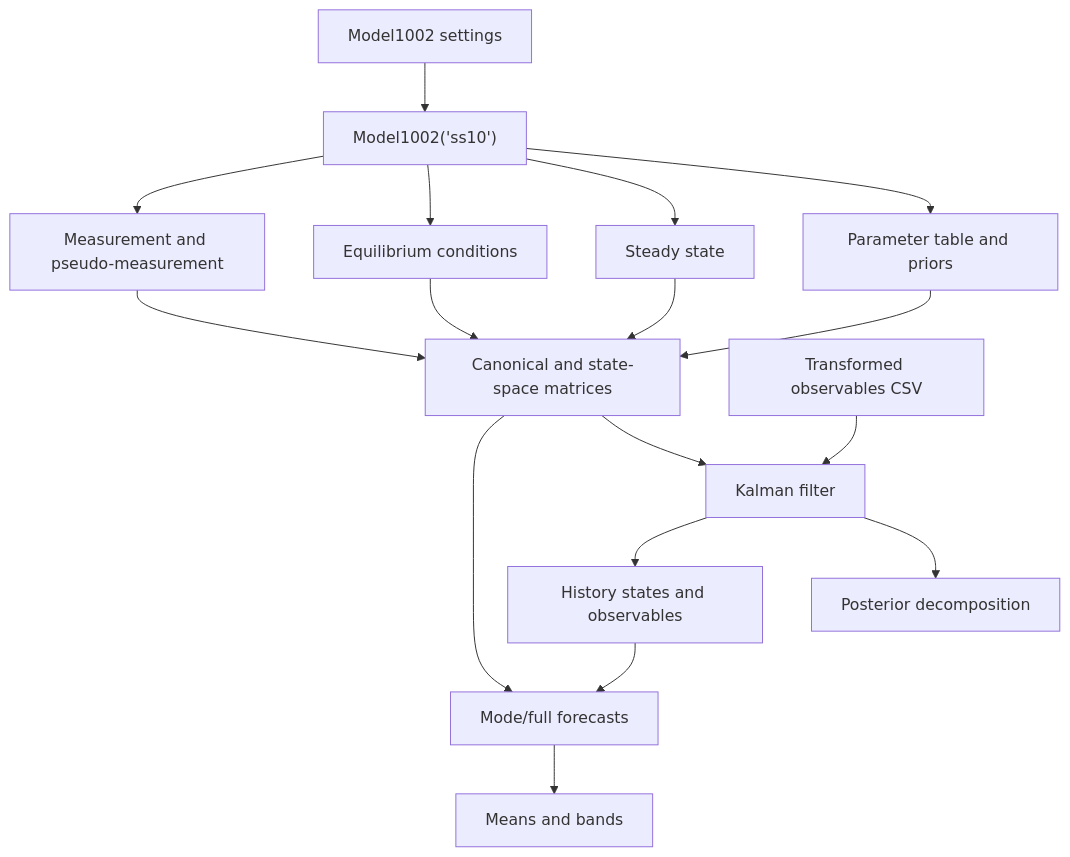
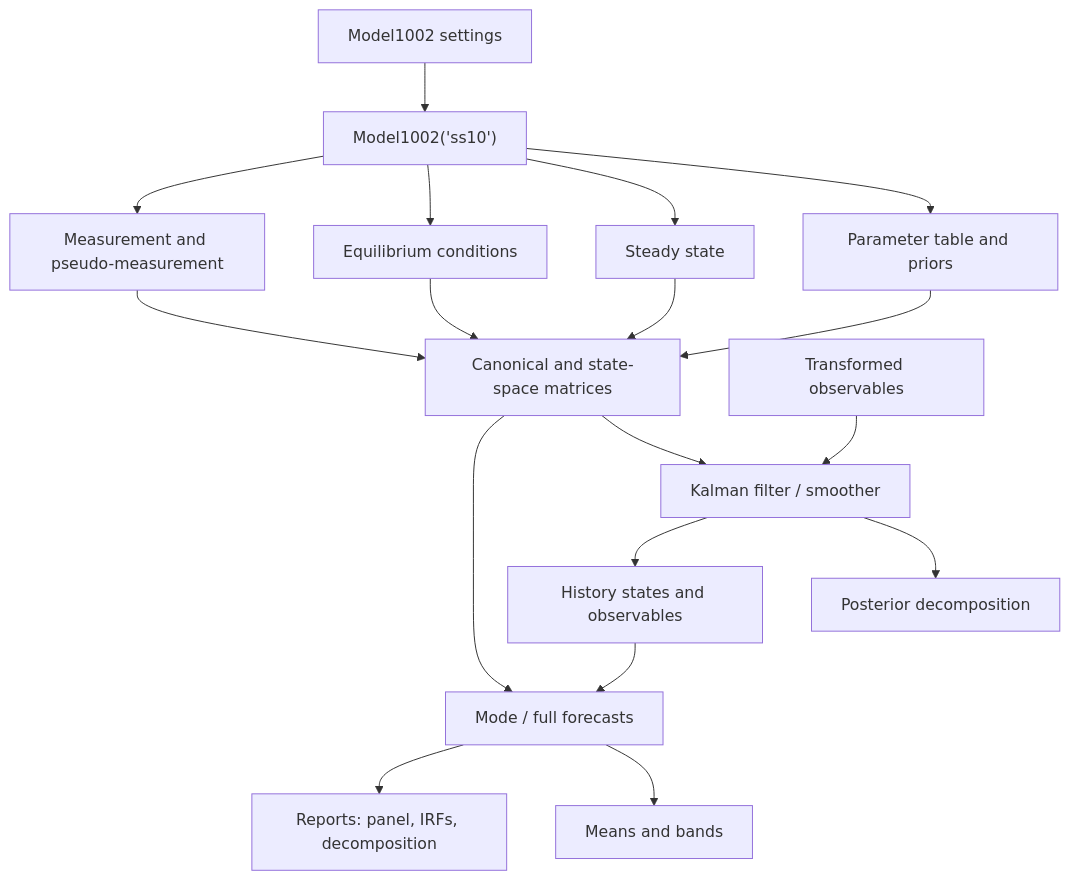
One commit to gustavorubim/nydsge-python changed the third of 4 diagrams in README.md. Above: the diagram before and after it, drawn with Mermaid. The commit also changed other lines of this file, not shown here.

````diff
--- a/README.md
+++ b/README.md
@@ -87,21 +185,22 @@
 ```mermaid
 flowchart TD
     Settings["Model1002 settings"] --> Model["Model1002('ss10')"]
     Model --> Params["Parameter table and priors"]
     Model --> Steady["Steady state"]
     Model --> EqCond["Equilibrium conditions"]
     Model --> Measure["Measurement and pseudo-measurement"]
 
     Params --> System["Canonical and state-space matrices"]
     Steady --> System
     EqCond --> System
     Measure --> System
 
-    Data["Transformed observables CSV"] --> Kalman["Kalman filter"]
+    Data["Transformed observables"] --> Kalman["Kalman filter / smoother"]
     System --> Kalman
     Kalman --> Posterior["Posterior decomposition"]
     Kalman --> History["History states and observables"]
-    System --> Forecast["Mode/full forecasts"]
+    System --> Forecast["Mode / full forecasts"]
     History --> Forecast
     Forecast --> MeansBands["Means and bands"]
+    Forecast --> Report["Reports: panel, IRFs, decomposition"]
 ```
````
